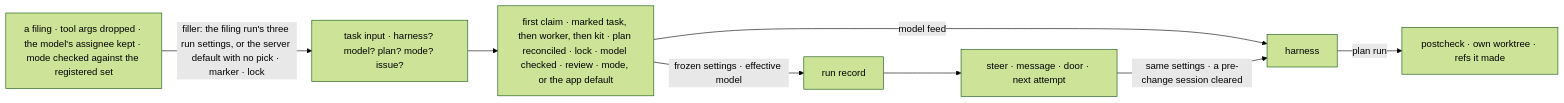
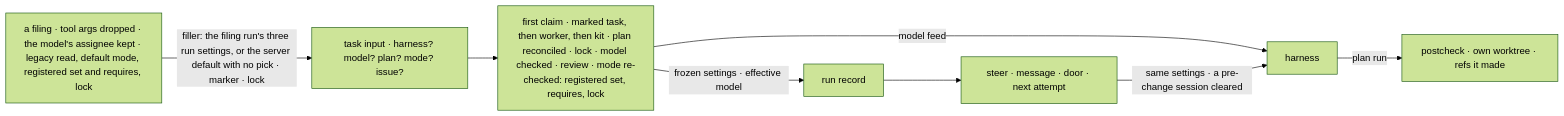
Before and after one commit to fixpoint-labs/flow-state-dev: the second of 2 diagrams in specs/issues/FIX-2878/SPEC.md, drawn with Mermaid (forest theme). The commit also changed other lines of this file and 1 other file, not shown here.

First line of the commit message:
spec(FIX-2878): align with the epic: mode_locked refusal, one check order, legacy pre-parse, updateTask re-check

````diff
--- a/specs/issues/FIX-2878/SPEC.md
+++ b/specs/issues/FIX-2878/SPEC.md
@@ -130,10 +133,10 @@
 ```mermaid
 flowchart LR
-  T["a filing · tool args dropped · the model's assignee kept · mode checked against the registered set"] -->|"filler: the filing run's three run settings, or the server default with no pick · marker · lock"| I["task input · harness? model? plan? mode? issue?"]
-  I --> C["first claim · marked task, then worker, then kit · plan reconciled · lock · model checked · review · mode, or the app default"]
+  T["a filing · tool args dropped · the model's assignee kept · legacy read, default mode, registered set and requires, lock"] -->|"filler: the filing run's three run settings, or the server default with no pick · marker · lock"| I["task input · harness? model? plan? mode? issue?"]
+  I --> C["first claim · marked task, then worker, then kit · plan reconciled · lock · model checked · review · mode re-checked: registered set, requires, lock"]
   C -->|"frozen settings · effective model"| R["run record"]
   C -->|"model feed"| H["harness"]
   R --> S["steer · message · door · next attempt"]
   S -->|"same settings · a pre-change session cleared"| H
   H -->|"plan run"| Q["postcheck · own worktree · refs it made"]
 ```
````
